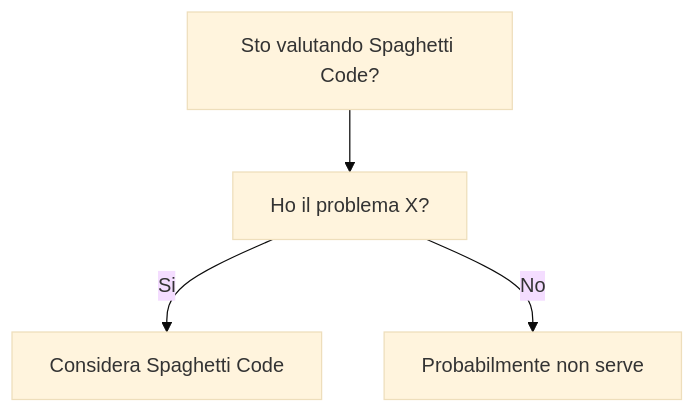
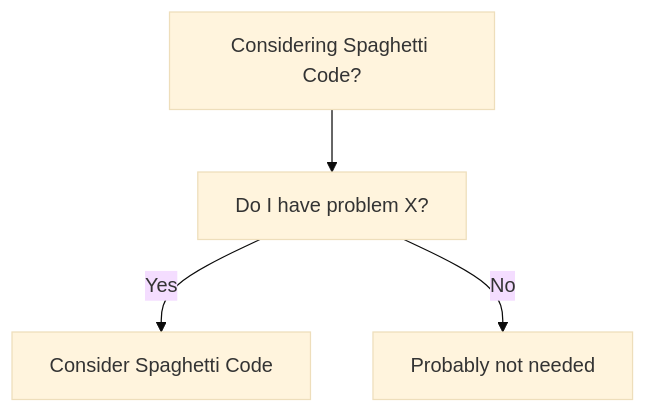
Before and after one commit to HxT9/Software-Dev-Wiki: the diagram in dev-wiki/16_AntiPatterns/Spaghetti_Code/When_To_Use.md, drawn with Mermaid (base theme). The commit also changed other lines of this file and 3444 other files, not shown here.

````diff
--- a/dev-wiki/16_AntiPatterns/Spaghetti_Code/When_To_Use.md
+++ b/dev-wiki/16_AntiPatterns/Spaghetti_Code/When_To_Use.md
@@ -19,6 +19,6 @@
 ```mermaid
 flowchart TD
-  Q[Sto valutando Spaghetti Code?] --> Q1[Ho il problema X?]
-  Q1 -->|Si| OK[Considera Spaghetti Code]
-  Q1 -->|No| NO[Probabilmente non serve]
+  Q[Considering Spaghetti Code?] --> Q1[Do I have problem X?]
+  Q1 -->|Yes| OK[Consider Spaghetti Code]
+  Q1 -->|No| NO[Probably not needed]
 ```
````
